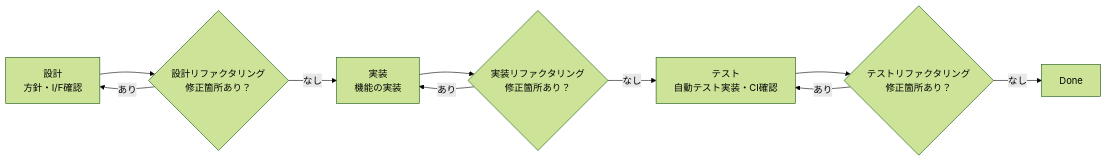
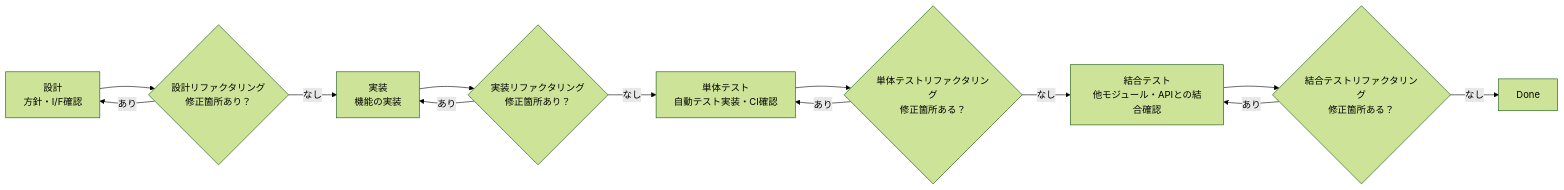
Before and after one commit to BossApe/lo-vibe: the first of 2 diagrams in _document/003.設計・開発・テストフェーズ/001.開発規約/001-03.フェーズ・イテレーション・チケット設計規約.md, drawn with Mermaid (forest theme). The commit also changed other lines of this file and 4 other files, not shown here.

````diff
--- a/_document/003.設計・開発・テストフェーズ/001.開発規約/001-03.フェーズ・イテレーション・チケット設計規約.md
+++ b/_document/003.設計・開発・テストフェーズ/001.開発規約/001-03.フェーズ・イテレーション・チケット設計規約.md
@@ -52,12 +97,15 @@
 ```mermaid
 flowchart LR
     A[設計<br>方針・I/F確認] --> AR{設計リファクタリング<br>修正箇所あり？}
     AR -- あり --> A
     AR -- なし --> B[実装<br>機能の実装]
     B --> BR{実装リファクタリング<br>修正箇所あり？}
     BR -- あり --> B
-    BR -- なし --> C[テスト<br>自動テスト実装・CI確認]
-    C --> CR{テストリファクタリング<br>修正箇所あり？}
+    BR -- なし --> C[単体テスト<br>自動テスト実装・CI確認]
+    C --> CR{単体テストリファクタリング<br>修正箇所ある？}
     CR -- あり --> C
-    CR -- なし --> E[Done]
+    CR -- なし --> IT[結合テスト<br>他モジュール・APIとの結合確認]
+    IT --> ITR{結合テストリファクタリング<br>修正箇所ある？}
+    ITR -- あり --> IT
+    ITR -- なし --> E[Done]
 ```
````
